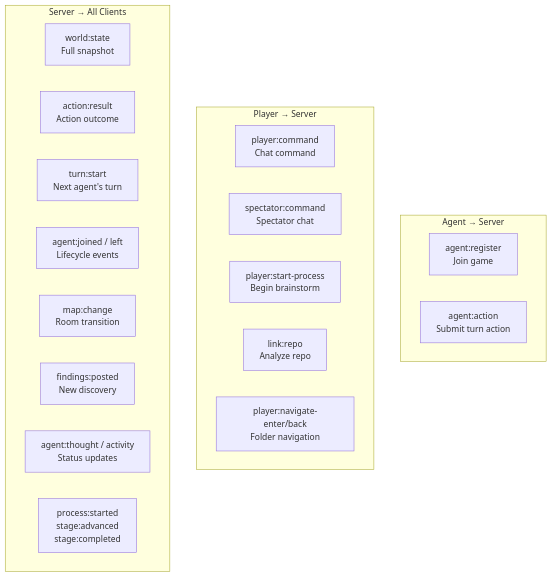
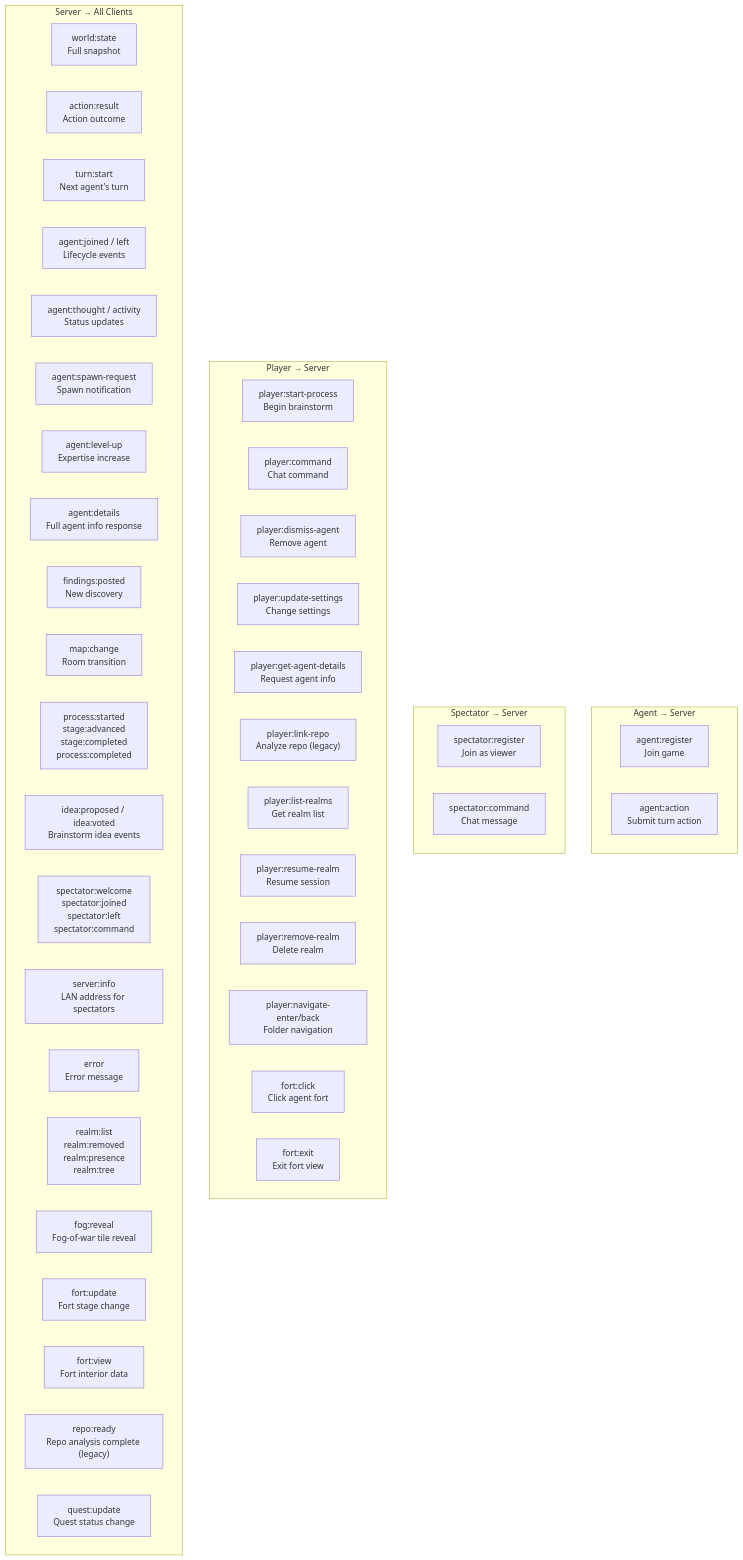
Before and after one commit to Human-Agency-Hackathon/AI-Interfaces-Feb-2026: the second of 3 diagrams in docs/diagrams/system-overview.md, drawn with Mermaid. The commit also changed other lines of this file and 13 other files, not shown here.

First line of the commit message:
docs: update diagrams to match current codebase

````diff
--- a/docs/diagrams/system-overview.md
+++ b/docs/diagrams/system-overview.md
@@ -49,26 +51,51 @@
 ```mermaid
 graph TD
     subgraph AgentToServer ["Agent → Server"]
         AR["agent:register<br/>Join game"]
         AA["agent:action<br/>Submit turn action"]
     end
 
-    subgraph PlayerToServer ["Player → Server"]
-        PC2["player:command<br/>Chat command"]
-        SC["spectator:command<br/>Spectator chat"]
-        SP["player:start-process<br/>Begin brainstorm"]
-        LR["link:repo<br/>Analyze repo"]
-        PN["player:navigate-enter/back<br/>Folder navigation"]
+    subgraph SpectatorToServer ["Spectator → Server"]
+        SR["spectator:register<br/>Join as viewer"]
+        SC["spectator:command<br/>Chat message"]
     end
 
-    subgraph ServerToAll ["Server → All Clients"]
+    subgraph PlayerToServer ["Player → Server"]
+        SP["player:start-process<br/>Begin brainstorm"]
+        PCmd["player:command<br/>Chat command"]
+        PD["player:dismiss-agent<br/>Remove agent"]
+        PUS["player:update-settings<br/>Change settings"]
+        GAD["player:get-agent-details<br/>Request agent info"]
+        LR["player:link-repo<br/>Analyze repo (legacy)"]
+        PLR["player:list-realms<br/>Get realm list"]
+        PRR["player:resume-realm<br/>Resume session"]
+        PRM["player:remove-realm<br/>Delete realm"]
+        PN["player:navigate-enter/back<br/>Folder navigation"]
+        FC["fort:click<br/>Click agent fort"]
+        FE["fort:exit<br/>Exit fort view"]
+    end
+
+    subgraph ServerBroadcasts ["Server → All Clients"]
         WST["world:state<br/>Full snapshot"]
         ARS["action:result<br/>Action outcome"]
         TS["turn:start<br/>Next agent's turn"]
         AJ["agent:joined / left<br/>Lifecycle events"]
+        AT["agent:thought / activity<br/>Status updates"]
+        ASR["agent:spawn-request<br/>Spawn notification"]
+        ALU["agent:level-up<br/>Expertise increase"]
+        AD["agent:details<br/>Full agent info response"]
+        FP["findings:posted<br/>New discovery"]
         MC["map:change<br/>Room transition"]
-        FP["findings:posted<br/>New discovery"]
-        AT["agent:thought / activity<br/>Status updates"]
-        PS["process:started<br/>stage:advanced<br/>stage:completed"]
+        PS["process:started<br/>stage:advanced<br/>stage:completed<br/>process:completed"]
+        IP["idea:proposed / idea:voted<br/>Brainstorm idea events"]
+        SW["spectator:welcome<br/>spectator:joined<br/>spectator:left<br/>spectator:command"]
+        SI["server:info<br/>LAN address for spectators"]
+        ER["error<br/>Error message"]
+        RL["realm:list<br/>realm:removed<br/>realm:presence<br/>realm:tree"]
+        FR["fog:reveal<br/>Fog-of-war tile reveal"]
+        FU["fort:update<br/>Fort stage change"]
+        FV["fort:view<br/>Fort interior data"]
+        RR["repo:ready<br/>Repo analysis complete (legacy)"]
+        QU["quest:update<br/>Quest status change"]
     end
 ```
````
